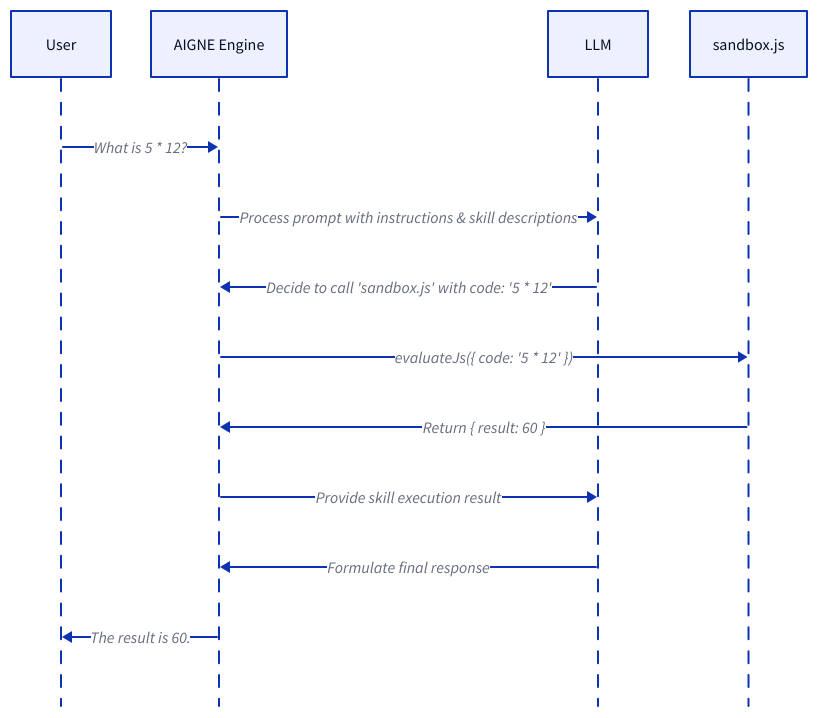
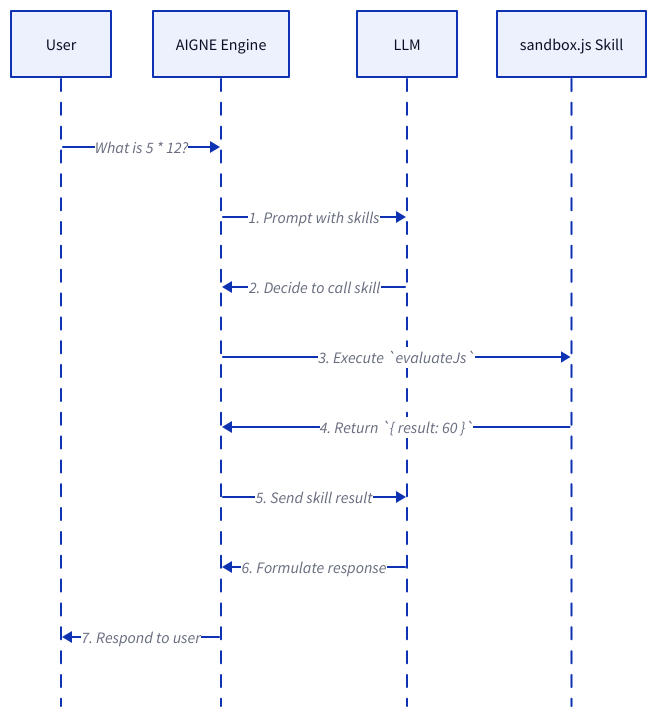
The second of 2 diagrams in packages/cli/docs/core-concepts-agents-and-skills.md (AIGNE-io/aigne-framework), drawn with D2 before and after one commit. The commit also changed other lines of this file and 38 other files, not shown here.

````diff
--- a/packages/cli/docs/core-concepts-agents-and-skills.md
+++ b/packages/cli/docs/core-concepts-agents-and-skills.md
@@ -129,17 +132,17 @@
 ```d2
 shape: sequence_diagram
 
-User: "User"
-Agent: "AIGNE Engine"
-LLM: "LLM"
-Skill: "sandbox.js"
+User: User
+AIGNE-Engine: "AIGNE Engine"
+LLM: LLM
+Sandbox-Skill: "sandbox.js Skill"
 
-User -> Agent: "What is 5 * 12?"
-Agent -> LLM: "Process prompt with instructions & skill descriptions"
-LLM --> Agent: "Decide to call 'sandbox.js' with code: '5 * 12'"
-Agent -> Skill: "evaluateJs({ code: '5 * 12' })"
-Skill --> Agent: "Return { result: 60 }"
-Agent -> LLM: "Provide skill execution result"
-LLM --> Agent: "Formulate final response"
-Agent --> User: "The result is 60."
+User -> AIGNE-Engine: "What is 5 * 12?"
+AIGNE-Engine -> LLM: "1. Prompt with skills"
+LLM --> AIGNE-Engine: "2. Decide to call skill"
+AIGNE-Engine -> Sandbox-Skill: "3. Execute `evaluateJs`"
+Sandbox-Skill --> AIGNE-Engine: "4. Return `{ result: 60 }`"
+AIGNE-Engine -> LLM: "5. Send skill result"
+LLM --> AIGNE-Engine: "6. Formulate response"
+AIGNE-Engine -> User: "7. Respond to user"
 ```
````
